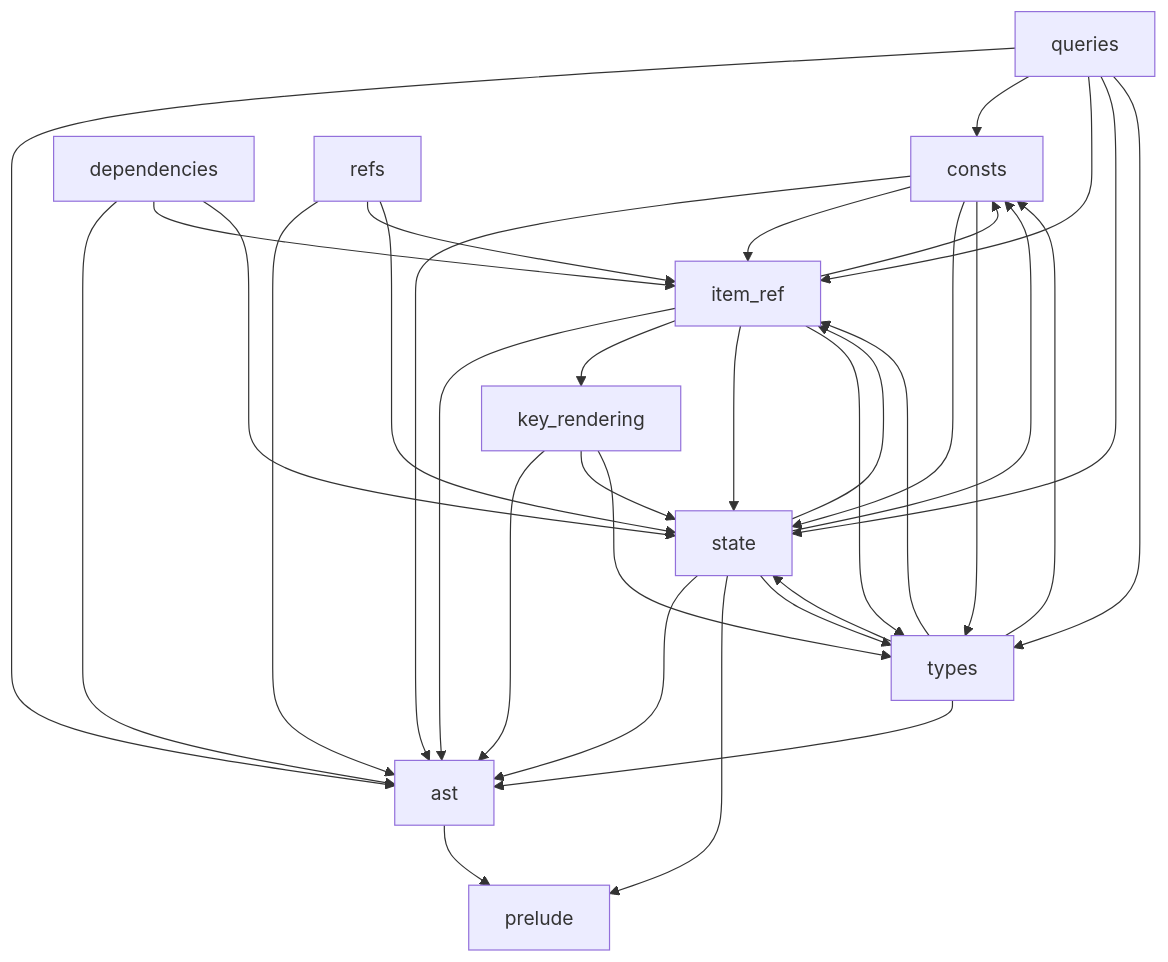
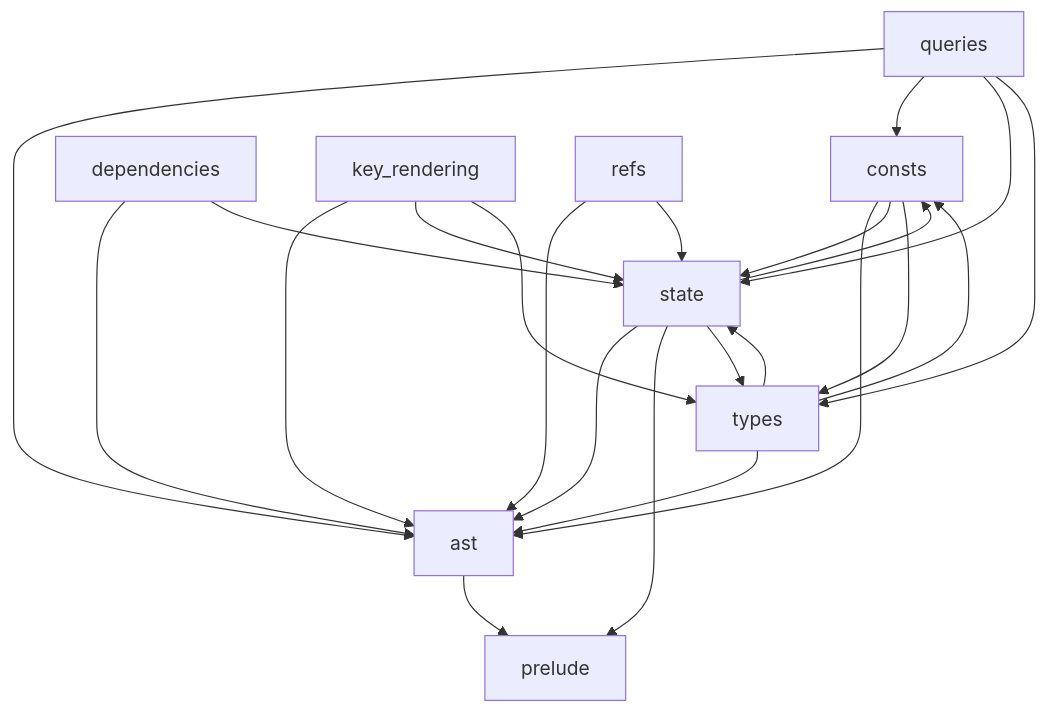
The third of 3 diagrams in doc/architecture.md (Nicolas-Ferre/gpex), drawn with Mermaid before and after one commit. The commit also changed other lines of this file and 21 other files, not shown here.

Commit message:
Split item_ref.rs across all other modules

````diff
--- a/doc/architecture.md
+++ b/doc/architecture.md
@@ -79,36 +78,25 @@
 ```mermaid
 graph TD
     ast --> prelude
     consts --> ast
-    consts --> item_ref
     consts --> state
     consts --> types
     dependencies --> ast
-    dependencies --> item_ref
     dependencies --> state
-    item_ref --> ast
-    item_ref --> consts
-    item_ref --> key_rendering
-    item_ref --> state
-    item_ref --> types
     key_rendering --> ast
     key_rendering --> state
     key_rendering --> types
     queries --> ast
     queries --> consts
-    queries --> item_ref
     queries --> state
     queries --> types
     refs --> ast
-    refs --> item_ref
     refs --> state
     state --> ast
     state --> consts
-    state --> item_ref
     state --> prelude
     state --> types
     types --> ast
     types --> consts
-    types --> item_ref
     types --> state
 ```
````
